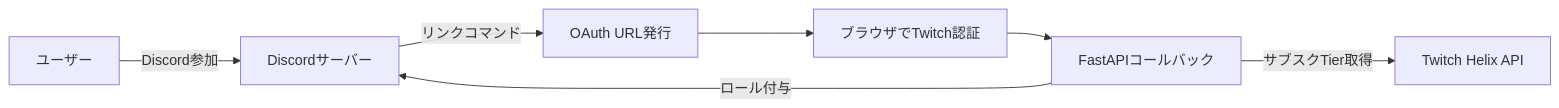
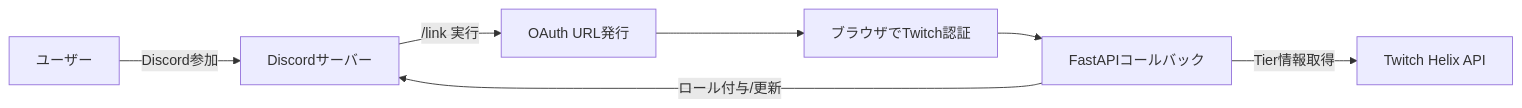
The diagram in README.md (NAKANORyunosuke/NeiBot), drawn with Mermaid before and after one commit. The commit also changed other lines of this file and 1 other file, not shown here.

````diff
--- a/README.md
+++ b/README.md
@@ -47,9 +48,9 @@
 ```mermaid
 flowchart LR
     U[ユーザー] -->|Discord参加| D[Discordサーバー]
-    D -->|リンクコマンド| O[OAuth URL発行]
+    D -->|/link 実行| O[OAuth URL発行]
     O --> B[ブラウザでTwitch認証]
     B --> F[FastAPIコールバック]
-    F -->|サブスクTier取得| T[Twitch Helix API]
-    F -->|ロール付与| D
+    F -->|Tier情報取得| T[Twitch Helix API]
+    F -->|ロール付与/更新| D
 ```
````
